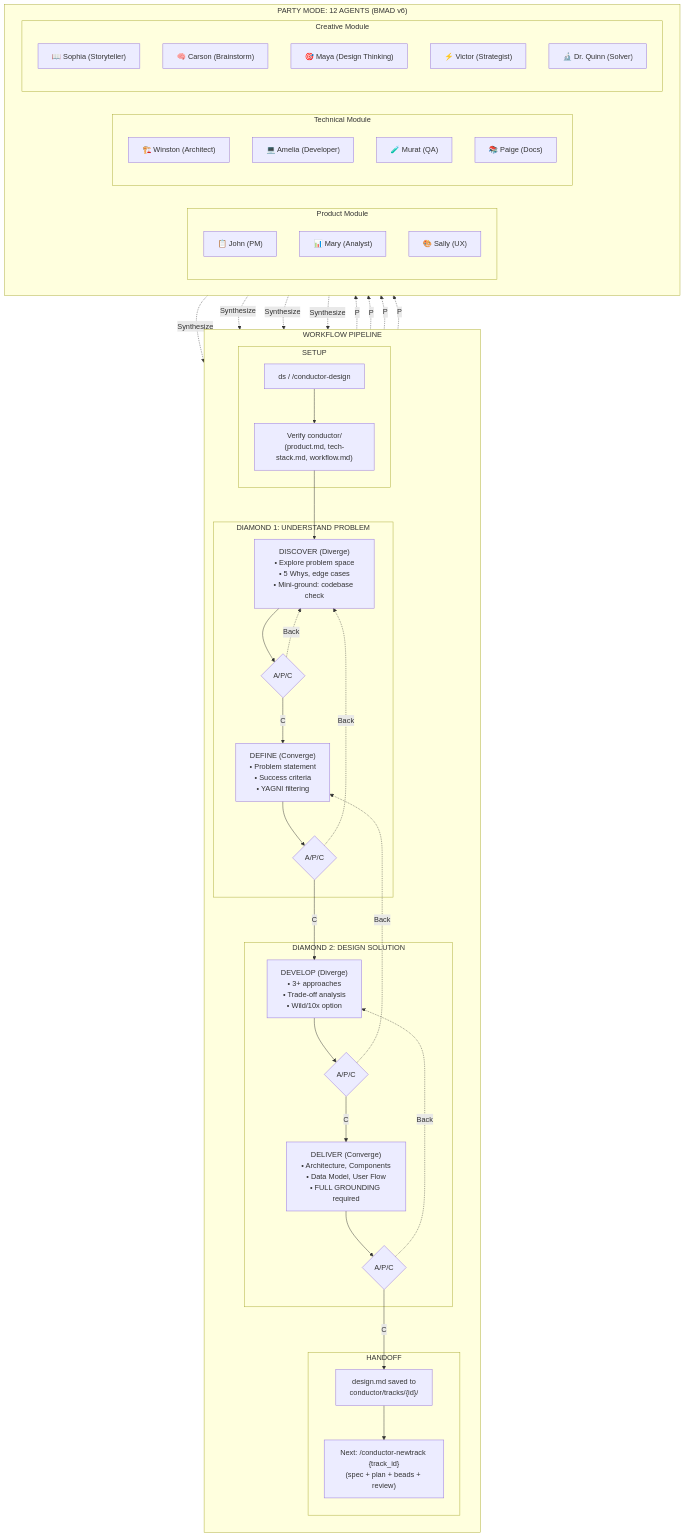
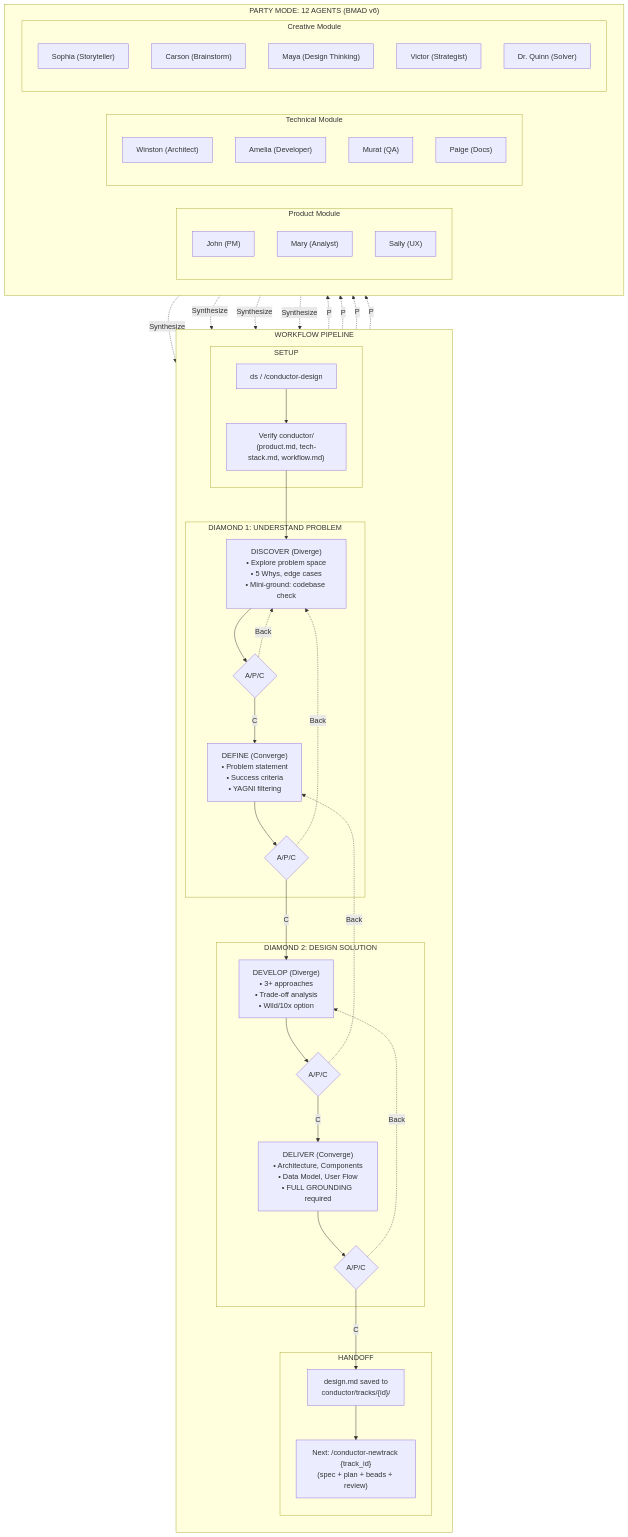
One commit to ReinaMacCredy/maestro changed the first of 3 diagrams in README.md. Above: the diagram before and after it, drawn with Mermaid. The commit also changed other lines of this file and 5 other files, not shown here.

Commit message:
docs: Streamline setup guide, global configuration, and workflow documentation, including agent installation and diagram updates.

````diff
--- a/README.md
+++ b/README.md
@@ -141,72 +145,72 @@
 ```mermaid
 flowchart TB
     subgraph PIPELINE["WORKFLOW PIPELINE"]
         direction TB
         
         subgraph SETUP["SETUP"]
             TRIGGER["ds / /conductor-design"]
             CHECK["Verify conductor/<br/>(product.md, tech-stack.md, workflow.md)"]
         end
         
         subgraph DIAMOND1["DIAMOND 1: UNDERSTAND PROBLEM"]
             DISCOVER["DISCOVER (Diverge)<br/>• Explore problem space<br/>• 5 Whys, edge cases<br/>• Mini-ground: codebase check"]
             APC1{"A/P/C"}
             DEFINE["DEFINE (Converge)<br/>• Problem statement<br/>• Success criteria<br/>• YAGNI filtering"]
             APC2{"A/P/C"}
         end
         
         subgraph DIAMOND2["DIAMOND 2: DESIGN SOLUTION"]
             DEVELOP["DEVELOP (Diverge)<br/>• 3+ approaches<br/>• Trade-off analysis<br/>• Wild/10x option"]
             APC3{"A/P/C"}
             DELIVER["DELIVER (Converge)<br/>• Architecture, Components<br/>• Data Model, User Flow<br/>• FULL GROUNDING required"]
             APC4{"A/P/C"}
         end
         
         subgraph HANDOFF["HANDOFF"]
             DESIGNMD["design.md saved to<br/>conductor/tracks/{id}/"]
             NEXT["Next: /conductor-newtrack {track_id}<br/>(spec + plan + beads + review)"]
         end
     end
     
     subgraph AGENTS["PARTY MODE: 12 AGENTS (BMAD v6)"]
         subgraph PRODUCT["Product Module"]
-            PM["📋 John (PM)"]
-            ANALYST["📊 Mary (Analyst)"]
-            UX["🎨 Sally (UX)"]
+            PM["John (PM)"]
+            ANALYST["Mary (Analyst)"]
+            UX["Sally (UX)"]
         end
         
         subgraph TECHNICAL["Technical Module"]
-            ARCH["🏗️ Winston (Architect)"]
-            DEV["💻 Amelia (Developer)"]
-            QA["🧪 Murat (QA)"]
-            DOCS["📚 Paige (Docs)"]
+            ARCH["Winston (Architect)"]
+            DEV["Amelia (Developer)"]
+            QA["Murat (QA)"]
+            DOCS["Paige (Docs)"]
         end
         
         subgraph CREATIVE["Creative Module"]
-            STORY["📖 Sophia (Storyteller)"]
-            BRAIN["🧠 Carson (Brainstorm)"]
-            DESIGN["🎯 Maya (Design Thinking)"]
-            STRAT["⚡ Victor (Strategist)"]
-            SOLVER["🔬 Dr. Quinn (Solver)"]
+            STORY["Sophia (Storyteller)"]
+            BRAIN["Carson (Brainstorm)"]
+            DESIGN["Maya (Design Thinking)"]
+            STRAT["Victor (Strategist)"]
+            SOLVER["Dr. Quinn (Solver)"]
         end
     end
     
     TRIGGER --> CHECK
     CHECK --> DISCOVER
     DISCOVER --> APC1
     APC1 -->|C| DEFINE
     APC1 -.->|Back| DISCOVER
     DEFINE --> APC2
     APC2 -->|C| DEVELOP
     APC2 -.->|Back| DISCOVER
     DEVELOP --> APC3
     APC3 -->|C| DELIVER
     APC3 -.->|Back| DEFINE
     DELIVER --> APC4
     APC4 -->|C| DESIGNMD
     APC4 -.->|Back| DEVELOP
     DESIGNMD --> NEXT
     
     APC1 & APC2 & APC3 & APC4 -.->|P| AGENTS
     AGENTS -.->|"Synthesize"| APC1 & APC2 & APC3 & APC4
 ```
````
